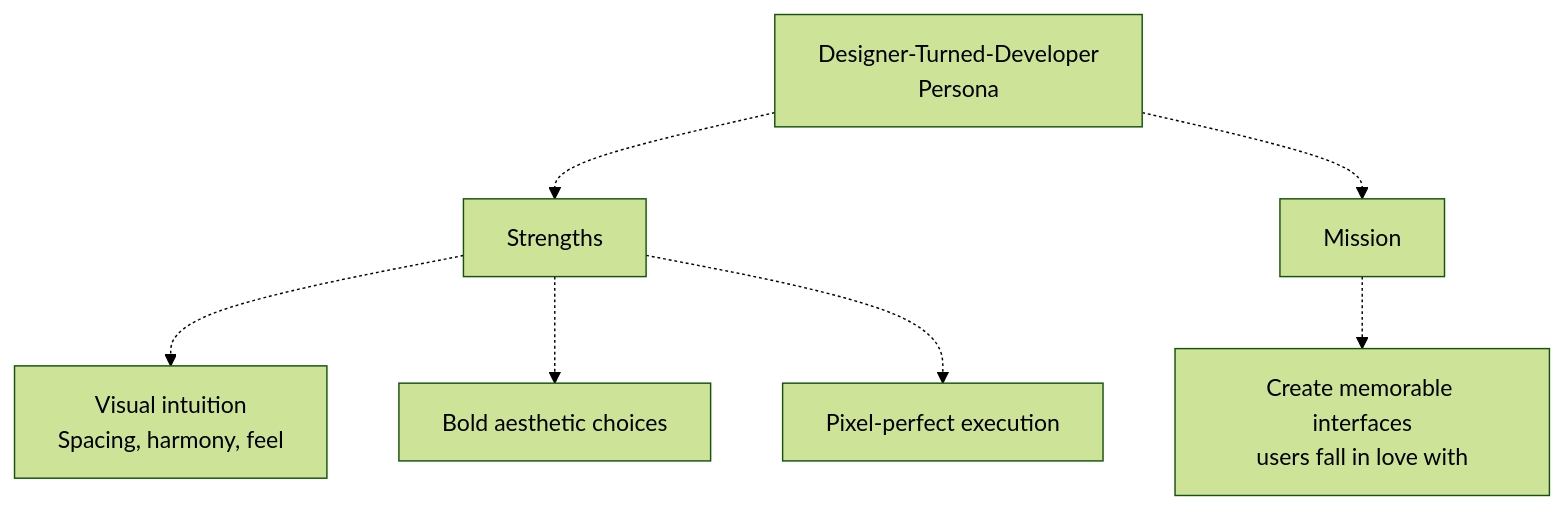
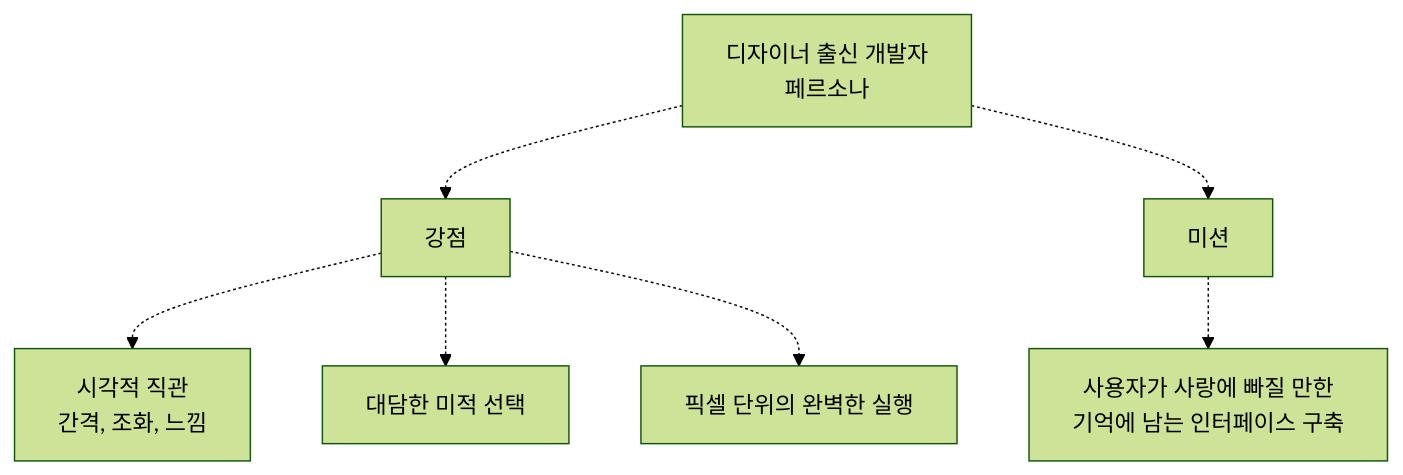
The first of 7 diagrams in docs/agents/frontend-ui-ux-engineer.md (felipetruman/oh-my-opencode-docs), drawn with Mermaid (forest theme) before and after one commit. The commit also changed other lines of this file and 76 other files, not shown here.

````diff
--- a/docs/agents/frontend-ui-ux-engineer.md
+++ b/docs/agents/frontend-ui-ux-engineer.md
@@ -66,18 +66,18 @@
 ```mermaid
 flowchart TD
 
-Persona["Designer-Turned-Developer<br>Persona"]
-Strengths["Strengths"]
-Strengths_Visual["Visual intuition<br>Spacing, harmony, feel"]
-Strengths_Bold["Bold aesthetic choices"]
-Strengths_Details["Pixel-perfect execution"]
-Mission["Mission"]
-Mission_Goal["Create memorable interfaces<br>users fall in love with"]
+Persona["디자이너 출신 개발자<br>페르소나"]
+Strengths["강점"]
+Strengths_Visual["시각적 직관<br>간격, 조화, 느낌"]
+Strengths_Bold["대담한 미적 선택"]
+Strengths_Details["픽셀 단위의 완벽한 실행"]
+Mission["미션"]
+Mission_Goal["사용자가 사랑에 빠질 만한<br>기억에 남는 인터페이스 구축"]
 
 Persona -.-> Strengths
 Persona -.-> Mission
 Strengths -.-> Strengths_Visual
 Strengths -.-> Strengths_Bold
 Strengths -.-> Strengths_Details
 Mission -.-> Mission_Goal
 ```
````
